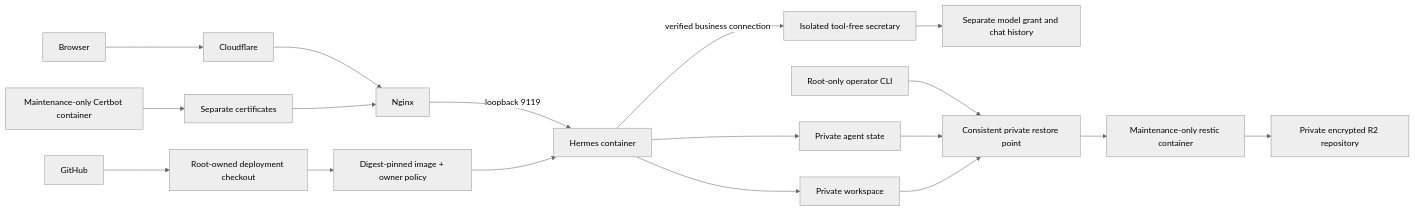
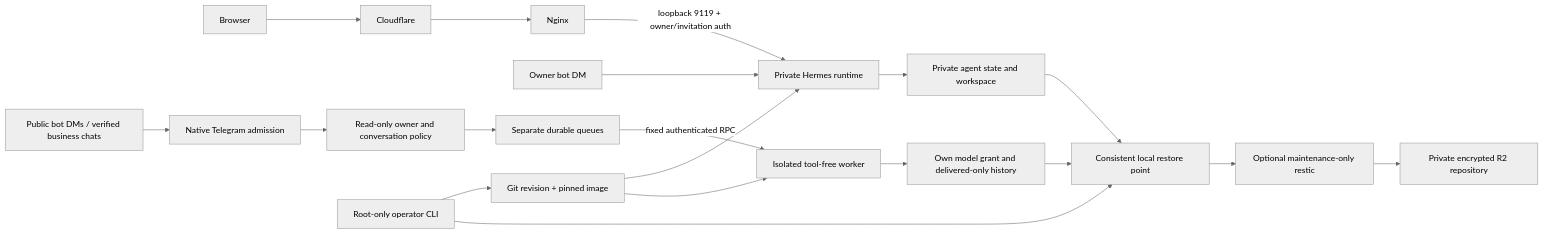
The diagram in docs/architecture.md (zavarovkv/agent-council), drawn with Mermaid (neutral theme) before and after one commit. The commit also changed other lines of this file and 41 other files, not shown here.

Commit message:
Separate secretary runtime boundaries and organize instructions

````diff
--- a/docs/architecture.md
+++ b/docs/architecture.md
@@ -7,19 +9,20 @@
 ```mermaid
 flowchart LR
     Browser --> Cloudflare --> Nginx
-    Nginx -->|loopback 9119| Hermes[Hermes container]
-    Hermes --> State[Private agent state]
-    Hermes --> Workspace[Private workspace]
-    Certbot[Maintenance-only Certbot container] --> Certificates[Separate certificates]
-    Certificates --> Nginx
-    GitHub --> Checkout[Root-owned deployment checkout]
-    Checkout --> Image[Digest-pinned image + owner policy]
-    Image --> Hermes
-    Hermes -->|verified business connection| Secretary[Isolated tool-free secretary]
-    Secretary --> OwnProfile[Separate model grant and chat history]
-    Operator[Root-only operator CLI] --> Snapshot[Consistent private restore point]
-    State --> Snapshot
-    Workspace --> Snapshot
-    Snapshot --> Restic[Maintenance-only restic container]
+    Nginx -->|loopback 9119 + owner/invitation auth| Hermes[Private Hermes runtime]
+    Owner[Owner bot DM] --> Hermes
+    External[Public bot DMs / verified business chats] --> Admission[Native Telegram admission]
+    Admission --> Policy[Read-only owner and conversation policy]
+    Policy --> Queue[Separate durable queues]
+    Queue -->|fixed authenticated RPC| Worker[Isolated tool-free worker]
+    Worker --> History[Own model grant and delivered-only history]
+    Hermes --> State[Private agent state and workspace]
+    Operator[Root-only operator CLI] --> Release[Git revision + pinned image]
+    Release --> Hermes
+    Release --> Worker
+    Operator --> Checkpoint[Consistent local restore point]
+    State --> Checkpoint
+    History --> Checkpoint
+    Checkpoint --> Restic[Optional maintenance-only restic]
     Restic --> R2[Private encrypted R2 repository]
 ```
````
